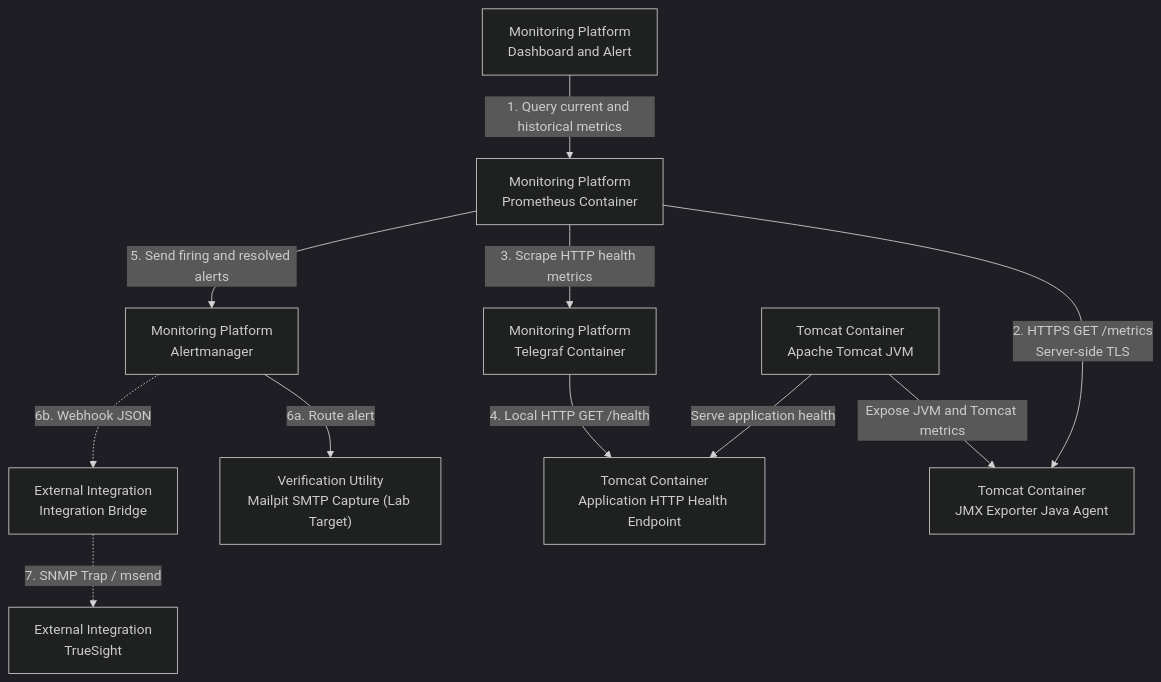
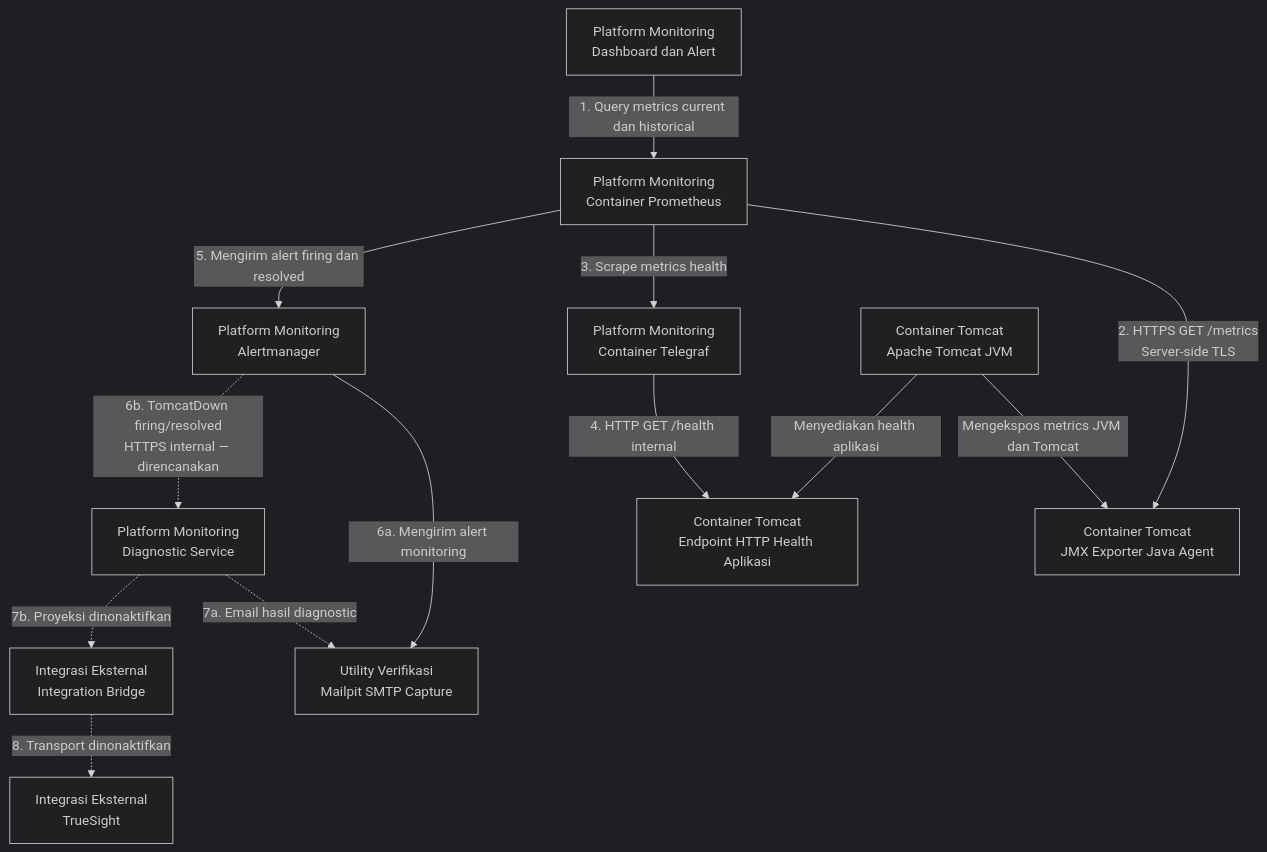
The first of 3 diagrams in docs/projects/tomcat-monitoring/architecture/index.md (edkas07-oss/devops-handbook), drawn with Mermaid (dark theme) before and after one commit. The commit also changed other lines of this file and 6 other files, not shown here.

Commit message:
docs(tomcat-monitoring): reconcile diagnostic consolidation

````diff
--- a/docs/projects/tomcat-monitoring/architecture/index.md
+++ b/docs/projects/tomcat-monitoring/architecture/index.md
@@ -39,29 +23,32 @@
 ```mermaid
 flowchart TB
-    DB["Monitoring Platform<br/>Dashboard and Alert"]
-    PM["Monitoring Platform<br/>Prometheus Container"]
-    TG["Monitoring Platform<br/>Telegraf Container"]
-    AM["Monitoring Platform<br/>Alertmanager"]
+    DB["Platform Monitoring<br/>Dashboard dan Alert"]
+    PM["Platform Monitoring<br/>Container Prometheus"]
+    TG["Platform Monitoring<br/>Container Telegraf"]
+    AM["Platform Monitoring<br/>Alertmanager"]
 
-    TC["Tomcat Container<br/>Apache Tomcat JVM"]
-    JM["Tomcat Container<br/>JMX Exporter Java Agent"]
-    APP["Tomcat Container<br/>Application HTTP Health Endpoint"]
+    TC["Container Tomcat<br/>Apache Tomcat JVM"]
+    JM["Container Tomcat<br/>JMX Exporter Java Agent"]
+    APP["Container Tomcat<br/>Endpoint HTTP Health Aplikasi"]
 
-    NC["Verification Utility<br/>Mailpit SMTP Capture (Lab Target)"]
-    BR["External Integration<br/>Integration Bridge"]
-    TS["External Integration<br/>TrueSight"]
+    NC["Utility Verifikasi<br/>Mailpit SMTP Capture"]
+    DS["Platform Monitoring<br/>Diagnostic Service"]
+    BR["Integrasi Eksternal<br/>Integration Bridge"]
+    TS["Integrasi Eksternal<br/>TrueSight"]
 
-    DB -->|"1. Query current and historical metrics"| PM
+    DB -->|"1. Query metrics current dan historical"| PM
 
     PM -->|"2. HTTPS GET /metrics<br/>Server-side TLS"| JM
-    TC -->|"Expose JVM and Tomcat metrics"| JM
+    TC -->|"Mengekspos metrics JVM dan Tomcat"| JM
 
-    PM -->|"3. Scrape HTTP health metrics"| TG
-    TG -->|"4. Local HTTP GET /health"| APP
-    TC -->|"Serve application health"| APP
+    PM -->|"3. Scrape metrics health"| TG
+    TG -->|"4. HTTP GET /health internal"| APP
+    TC -->|"Menyediakan health aplikasi"| APP
 
-    PM -->|"5. Send firing and resolved alerts"| AM
-    AM -->|"6a. Route alert"| NC
-    AM -.->|"6b. Webhook JSON"| BR
-    BR -.->|"7. SNMP Trap / msend"| TS
+    PM -->|"5. Mengirim alert firing dan resolved"| AM
+    AM -->|"6a. Mengirim alert monitoring"| NC
+    AM -.->|"6b. TomcatDown firing/resolved<br/>HTTPS internal — direncanakan"| DS
+    DS -.->|"7a. Email hasil diagnostic"| NC
+    DS -.->|"7b. Proyeksi dinonaktifkan"| BR
+    BR -.->|"8. Transport dinonaktifkan"| TS
 ```
````
